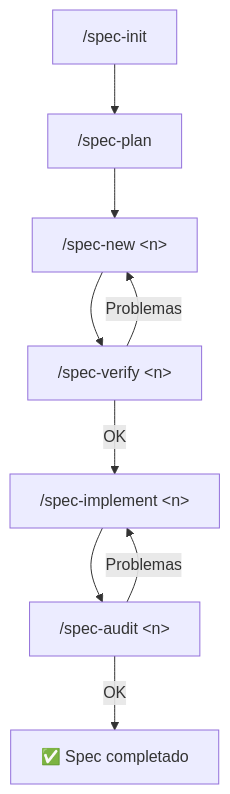
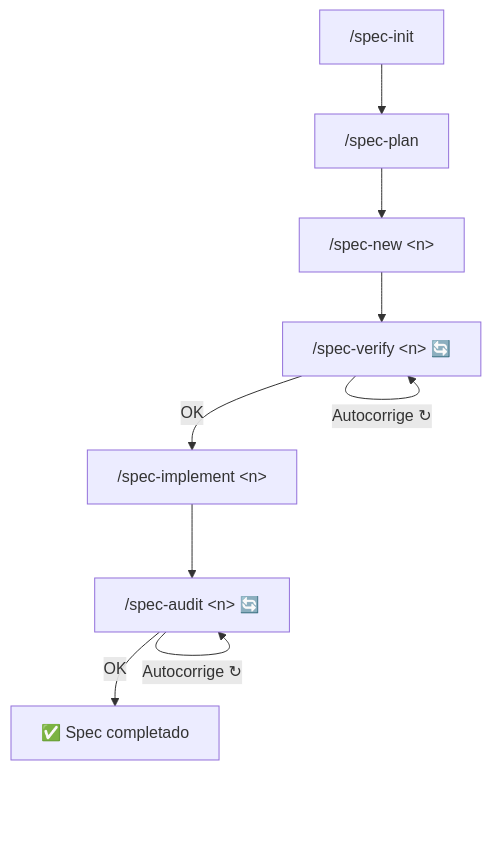
Before and after one commit to andrelncampos/dscode-public: the third of 3 diagrams in docs/i18n/README.es.md, drawn with Mermaid. The commit also changed other lines of this file and 21 other files, not shown here.

````diff
--- a/docs/i18n/README.es.md
+++ b/docs/i18n/README.es.md
@@ -367,11 +385,11 @@
 ```mermaid
 flowchart TD
     INIT["/spec-init"] --> PLAN["/spec-plan"]
     PLAN --> NEW["/spec-new &lt;n&gt;"]
-    NEW --> VERIFY["/spec-verify &lt;n&gt;"]
+    NEW --> VERIFY["/spec-verify &lt;n&gt; 🔄"]
     VERIFY -->|OK| IMPL["/spec-implement &lt;n&gt;"]
-    VERIFY -->|Problemas| NEW
-    IMPL --> AUDIT["/spec-audit &lt;n&gt;"]
+    VERIFY -->|"Autocorrige ↻"| VERIFY
+    IMPL --> AUDIT["/spec-audit &lt;n&gt; 🔄"]
     AUDIT -->|OK| DONE[✅ Spec completado]
-    AUDIT -->|Problemas| IMPL
+    AUDIT -->|"Autocorrige ↻"| AUDIT
 ```
````
